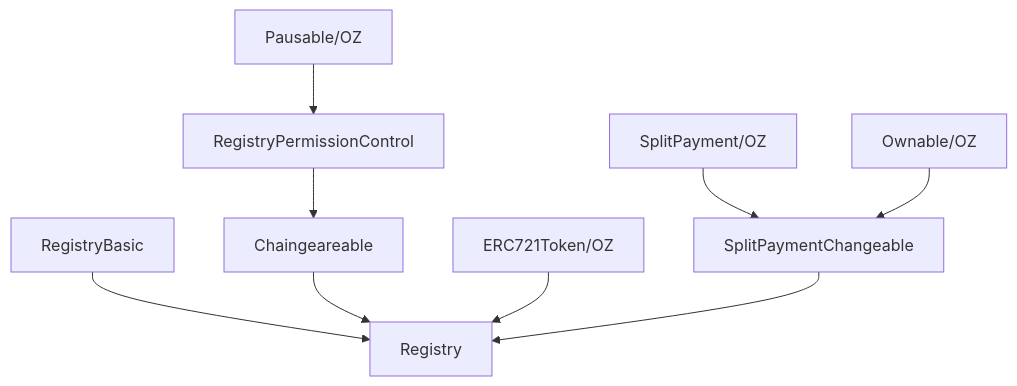
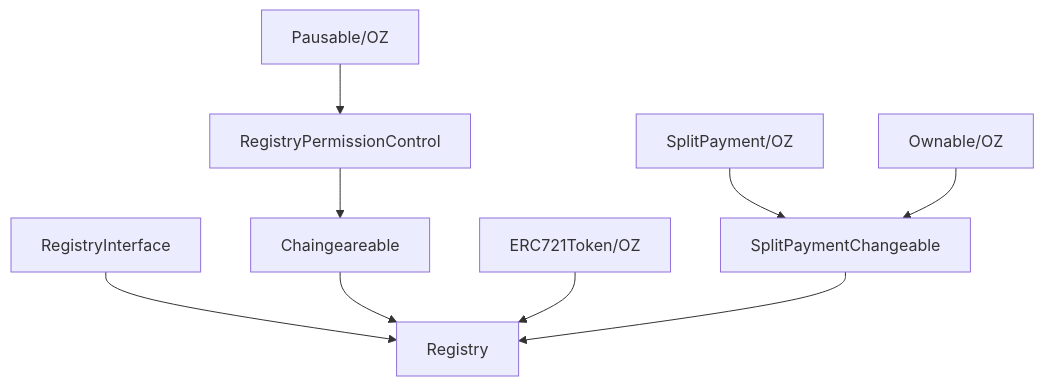
One commit to cybercongress/chaingear changed the diagram in docs/mermaid/origin/contracts-registry_inheritance.mmd. Above: the diagram before and after it, drawn with Mermaid. The commit also changed 52 other files, not shown here.

```diff
--- a/docs/mermaid/origin/contracts-registry_inheritance.mmd
+++ b/docs/mermaid/origin/contracts-registry_inheritance.mmd
@@ -1,10 +1,10 @@
 graph TD;
-    RegistryBasic-->Registry;
+    RegistryInterface-->Registry;
     Chaingeareable-->Registry;
     ERC721Token/OZ-->Registry;
     SplitPaymentChangeable-->Registry;
     SplitPayment/OZ-->SplitPaymentChangeable;
     RegistryPermissionControl-->Chaingeareable;
 
     Pausable/OZ-->RegistryPermissionControl;
     Ownable/OZ-->SplitPaymentChangeable;
```
